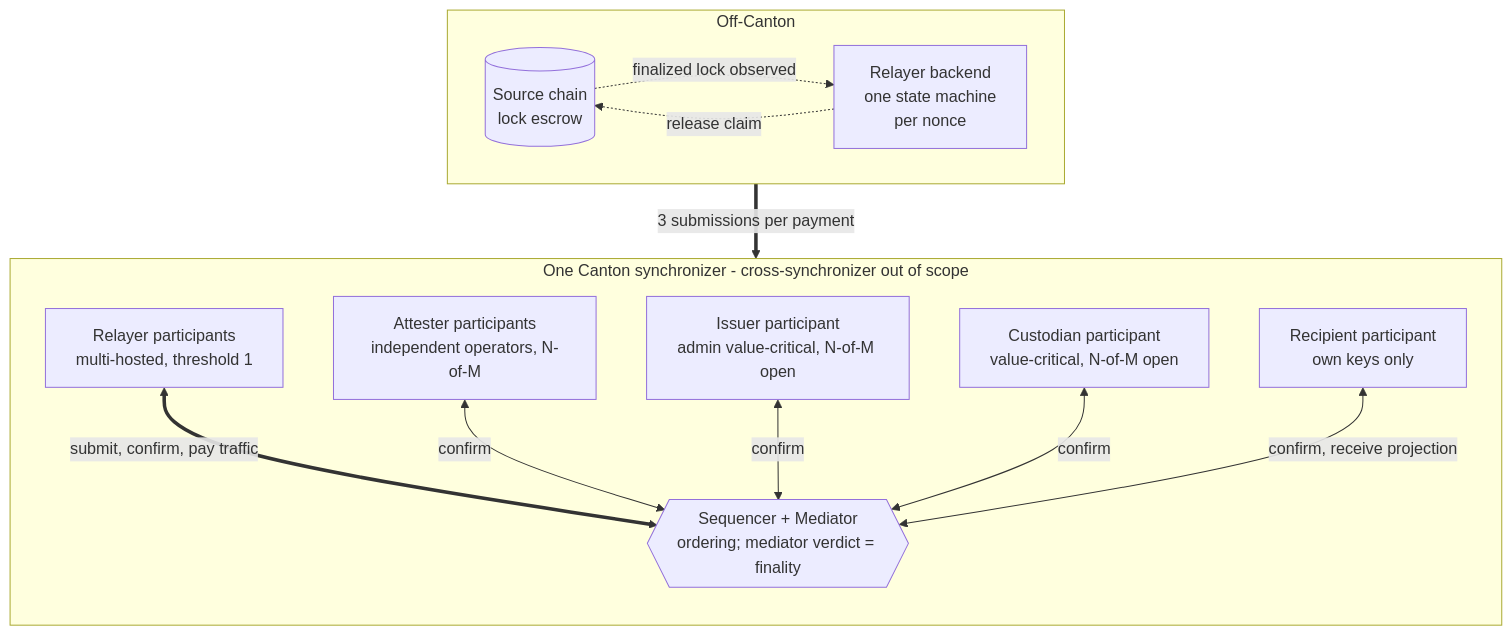
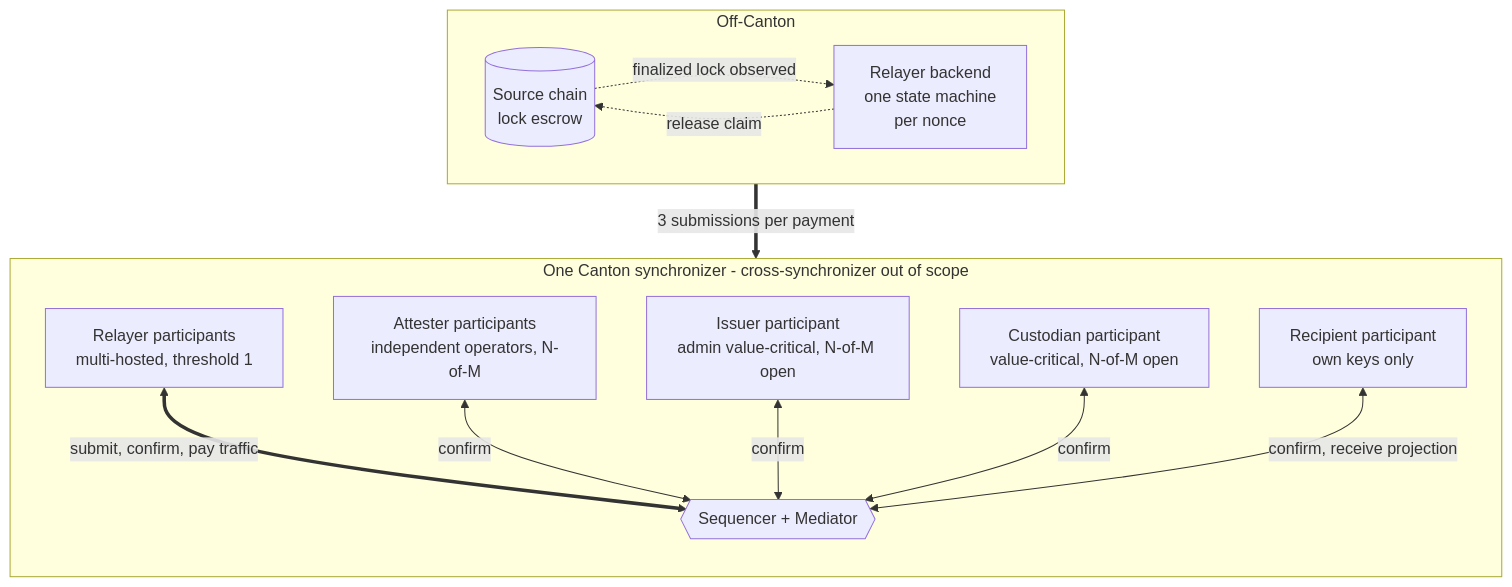
Before and after one commit to OpenZeppelin/canton-specs: the first of 5 diagrams in docs/reference-architectures/cross-chain-stablecoin.md, drawn with Mermaid.

Commit message:
Trim the sequencer and mediator label in the topology diagram to match the node row.

````diff
--- a/docs/reference-architectures/cross-chain-stablecoin.md
+++ b/docs/reference-architectures/cross-chain-stablecoin.md
@@ -114,28 +114,28 @@
 ```mermaid
 flowchart TB
     subgraph Off["Off-Canton"]
         direction LR
         Chain[("Source chain<br/>lock escrow")]
         Backend["Relayer backend<br/>one state machine<br/>per nonce"]
     end
 
     subgraph Canton["One Canton synchronizer - cross-synchronizer out of scope"]
         direction TB
         NRel["Relayer participants<br/>multi-hosted, threshold 1"]
         NAtt["Attester participants<br/>independent operators, N-of-M"]
         NIss["Issuer participant<br/>admin value-critical, N-of-M open"]
         NCus["Custodian participant<br/>value-critical, N-of-M open"]
         NRec["Recipient participant<br/>own keys only"]
-        Sync{{"Sequencer + Mediator<br/>ordering; mediator verdict = finality"}}
+        Sync{{"Sequencer + Mediator"}}
     end
 
     Chain -.->|"finalized lock observed"| Backend
     Backend -.->|"release claim"| Chain
     Backend ==>|"3 submissions per payment"| NRel
 
     NRel <==>|"submit, confirm, pay traffic"| Sync
     NAtt <-->|"confirm"| Sync
     NIss <-->|"confirm"| Sync
     NCus <-->|"confirm"| Sync
     NRec <-->|"confirm, receive projection"| Sync
 ```
````
